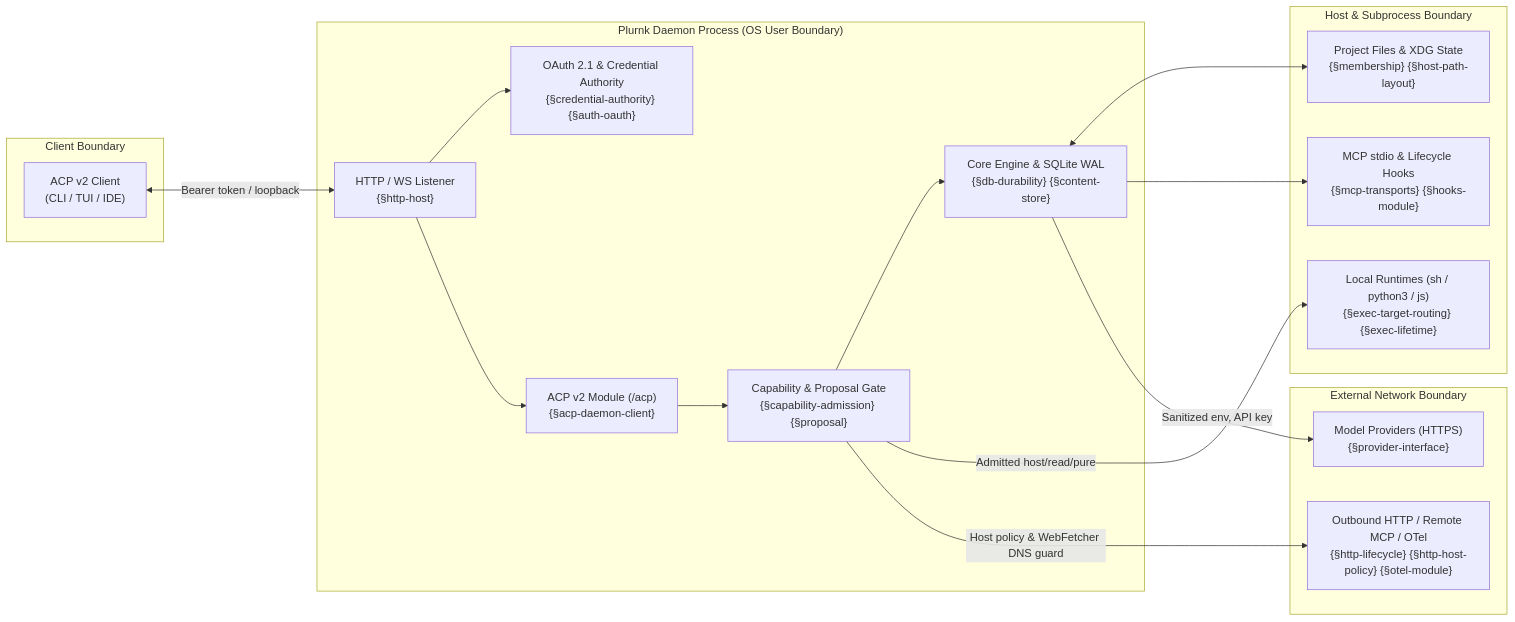
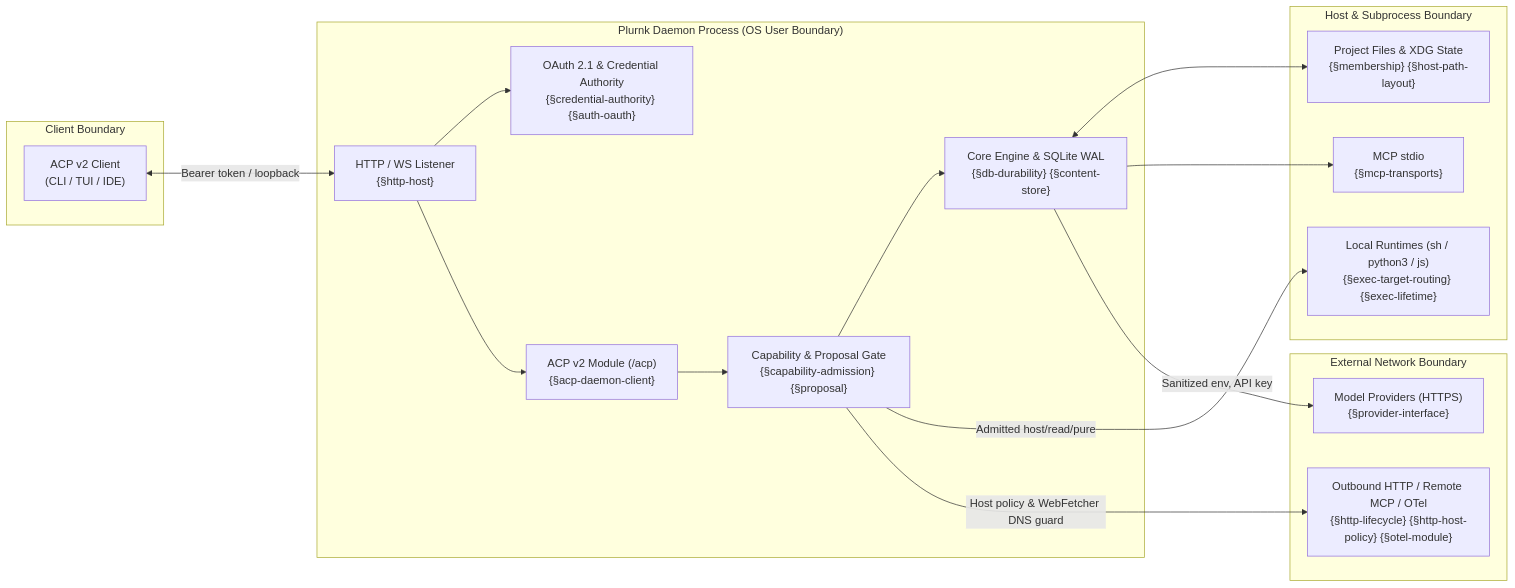
The diagram in ASSURANCE.md (plurnk/plurnk-service), drawn with Mermaid before and after one commit. The commit also changed other lines of this file and 69 other files, not shown here.

````diff
--- a/ASSURANCE.md
+++ b/ASSURANCE.md
@@ -17,36 +17,36 @@
 ```mermaid
 flowchart LR
     subgraph ClientBoundary["Client Boundary"]
         Client["ACP v2 Client<br/>(CLI / TUI / IDE)"]
     end
 
     subgraph DaemonBoundary["Plurnk Daemon Process (OS User Boundary)"]
         Listener["HTTP / WS Listener<br/>{§http-host}"]
         Auth["OAuth 2.1 & Credential Authority<br/>{§credential-authority} {§auth-oauth}"]
         ACP["ACP v2 Module (/acp)<br/>{§acp-daemon-client}"]
         Coordinator["Capability & Proposal Gate<br/>{§capability-admission} {§proposal}"]
         Engine["Core Engine & SQLite WAL<br/>{§db-durability} {§content-store}"]
     end
 
     subgraph LocalHost["Host & Subprocess Boundary"]
         FS["Project Files & XDG State<br/>{§membership} {§host-path-layout}"]
         Exec["Local Runtimes (sh / python3 / js)<br/>{§exec-target-routing} {§exec-lifetime}"]
-        MCPStdio["MCP stdio & Lifecycle Hooks<br/>{§mcp-transports} {§hooks-module}"]
+        MCPStdio["MCP stdio<br/>{§mcp-transports}"]
     end
 
     subgraph ExternalNetwork["External Network Boundary"]
         Providers["Model Providers (HTTPS)<br/>{§provider-interface}"]
         RemoteHTTP["Outbound HTTP / Remote MCP / OTel<br/>{§http-lifecycle} {§http-host-policy} {§otel-module}"]
     end
 
     Client <-->|"Bearer token / loopback"| Listener
     Listener --> Auth
     Listener --> ACP
     ACP --> Coordinator
     Coordinator --> Engine
     Engine <--> FS
     Coordinator -->|"Admitted host/read/pure"| Exec
     Engine --> MCPStdio
     Engine -->|"Sanitized env, API key"| Providers
     Coordinator -->|"Host policy & WebFetcher DNS guard"| RemoteHTTP
 ```
````
